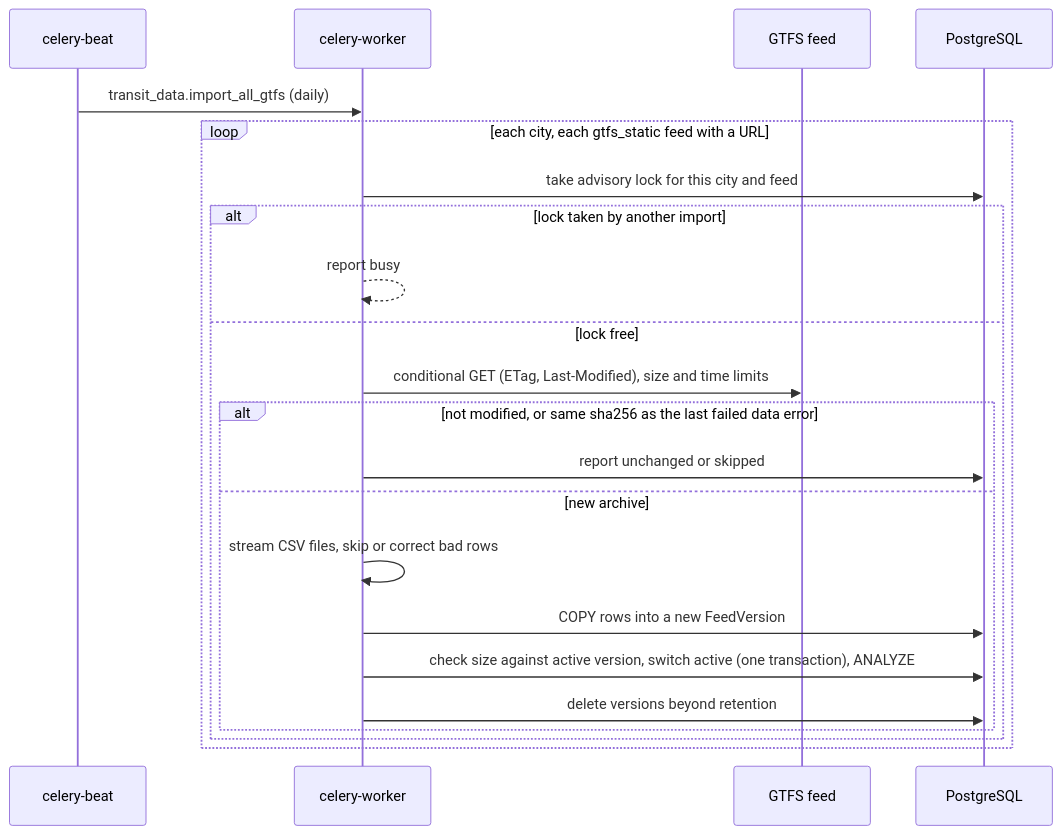
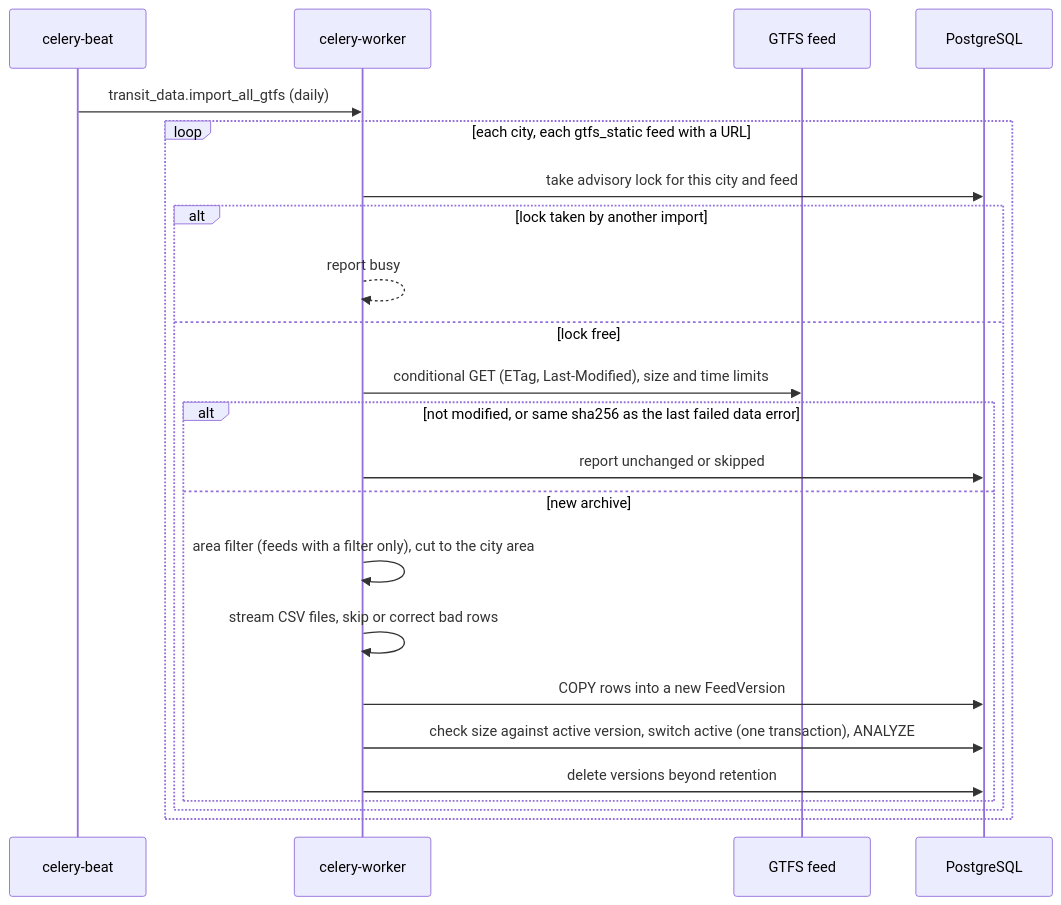
The third of 4 diagrams in docs/architecture.md (PiotrFrasik/lepszejakdojade), drawn with Mermaid before and after one commit. The commit also changed other lines of this file and 5 other files, not shown here.

````diff
--- a/docs/architecture.md
+++ b/docs/architecture.md
@@ -138,25 +138,26 @@
 ```mermaid
 sequenceDiagram
     participant B as celery-beat
     participant W as celery-worker
     participant Z as GTFS feed
     participant P as PostgreSQL
 
     B->>W: transit_data.import_all_gtfs (daily)
     loop each city, each gtfs_static feed with a URL
         W->>P: take advisory lock for this city and feed
         alt lock taken by another import
             W-->>W: report busy
         else lock free
             W->>Z: conditional GET (ETag, Last-Modified), size and time limits
             alt not modified, or same sha256 as the last failed data error
                 W->>P: report unchanged or skipped
             else new archive
+                W->>W: area filter (feeds with a filter only), cut to the city area
                 W->>W: stream CSV files, skip or correct bad rows
                 W->>P: COPY rows into a new FeedVersion
                 W->>P: check size against active version, switch active (one transaction), ANALYZE
                 W->>P: delete versions beyond retention
             end
         end
     end
 ```
````
